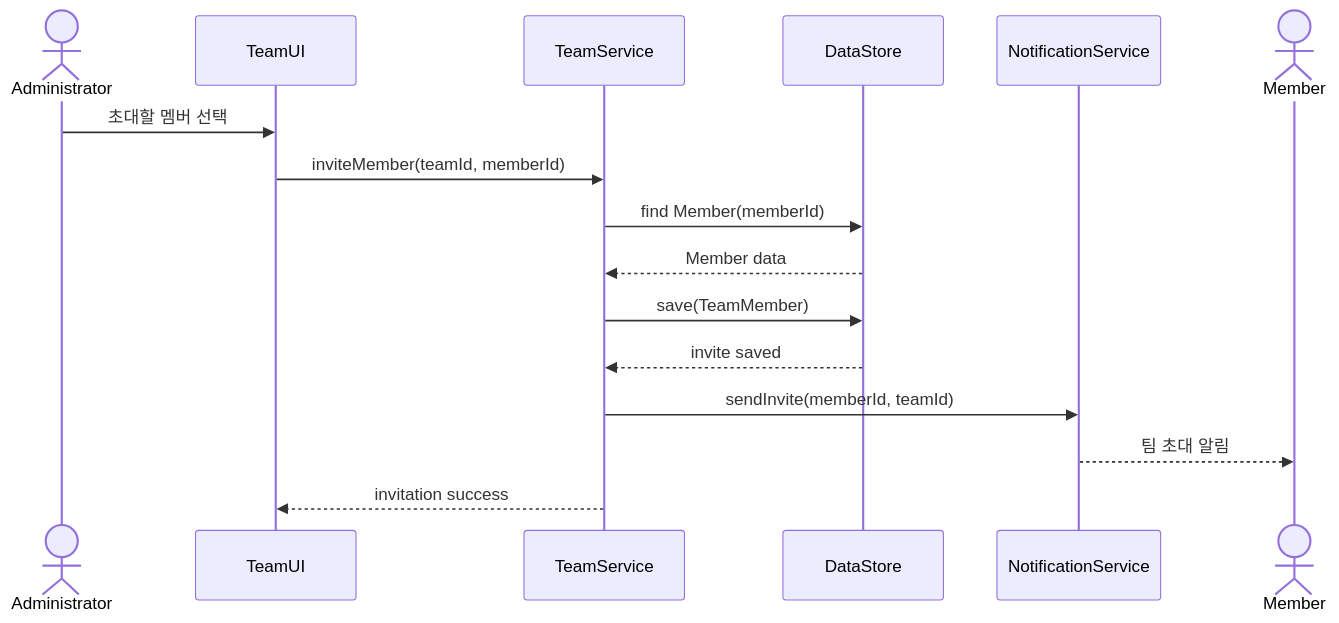
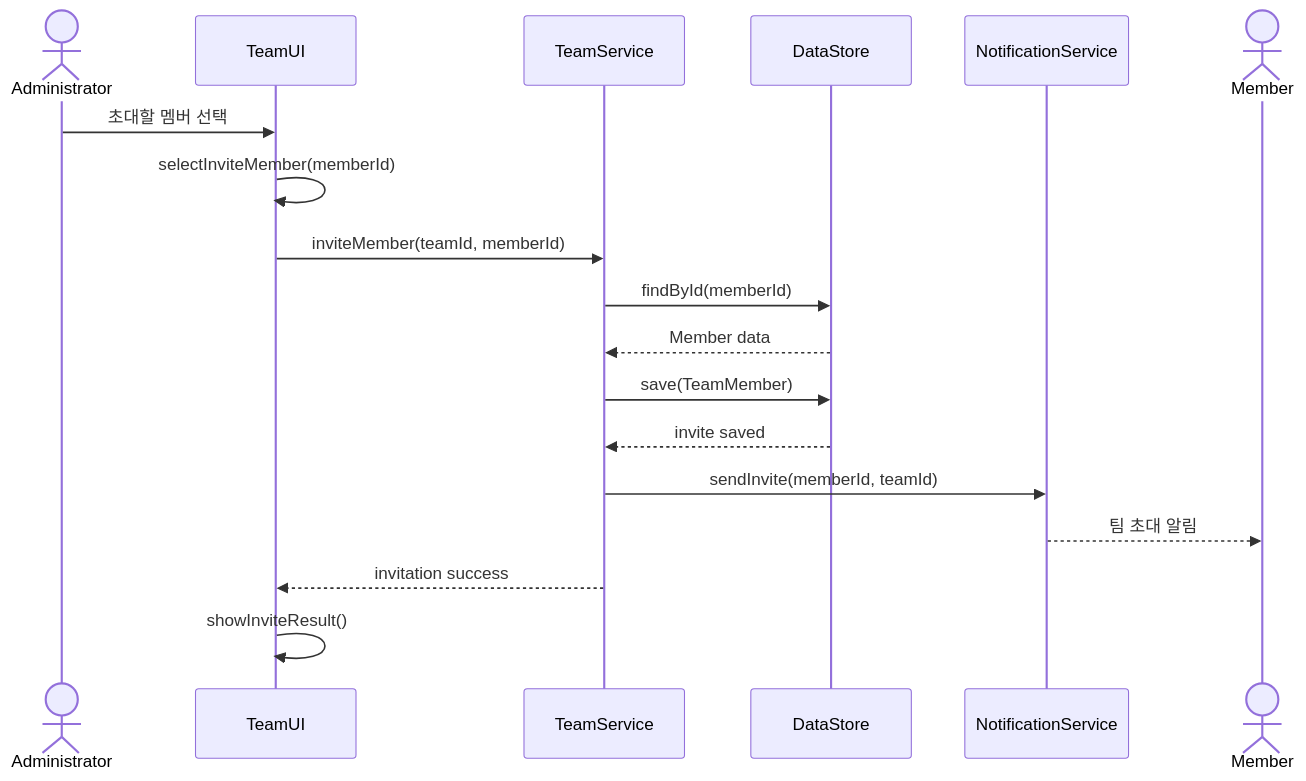
The fifth of 16 diagrams in Design_22411923_홍주은.md (goldong23/Jo-Yul), drawn with Mermaid before and after one commit. The commit also changed other lines of this file, not shown here.

Commit message:
UML 다이어그램 강의 규칙 반영

````diff
--- a/Design_22411923_홍주은.md
+++ b/Design_22411923_홍주은.md
@@ -334,19 +402,21 @@
 ```mermaid
 sequenceDiagram
     actor Administrator
     participant TeamUI
     participant TeamService
     participant DataStore
     participant NotificationService
     actor Member
 
     Administrator->>TeamUI: 초대할 멤버 선택
+    TeamUI->>TeamUI: selectInviteMember(memberId)
     TeamUI->>TeamService: inviteMember(teamId, memberId)
-    TeamService->>DataStore: find Member(memberId)
+    TeamService->>DataStore: findById(memberId)
     DataStore-->>TeamService: Member data
     TeamService->>DataStore: save(TeamMember)
     DataStore-->>TeamService: invite saved
     TeamService->>NotificationService: sendInvite(memberId, teamId)
     NotificationService-->>Member: 팀 초대 알림
     TeamService-->>TeamUI: invitation success
+    TeamUI->>TeamUI: showInviteResult()
 ```
````
